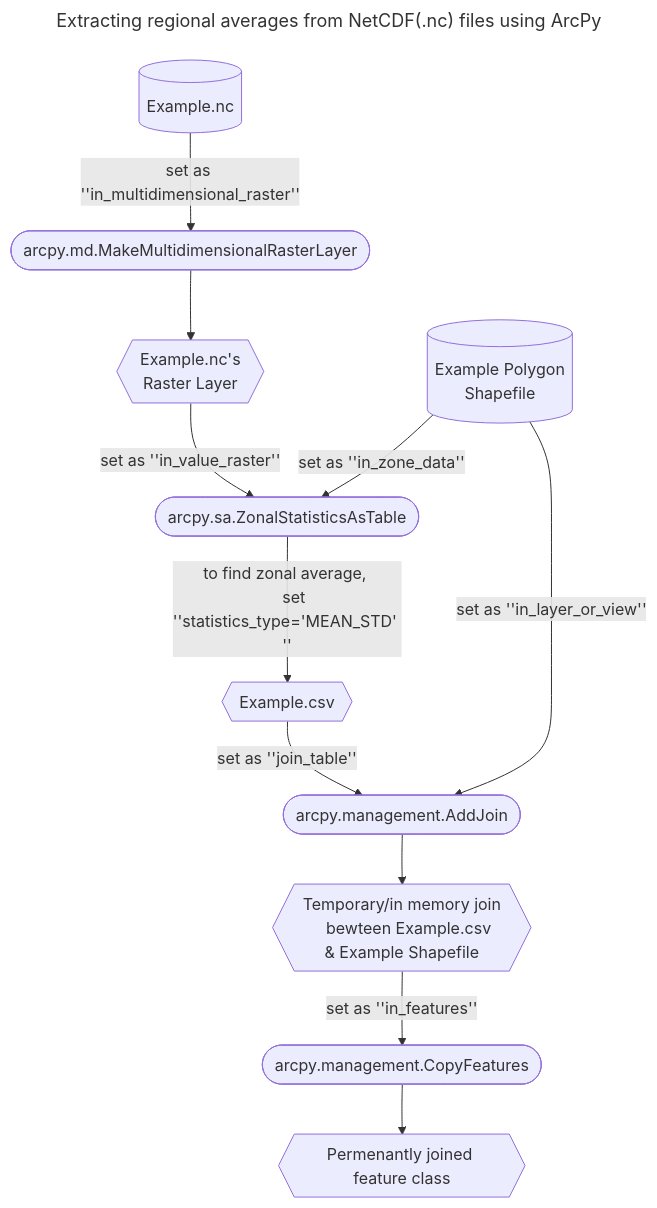
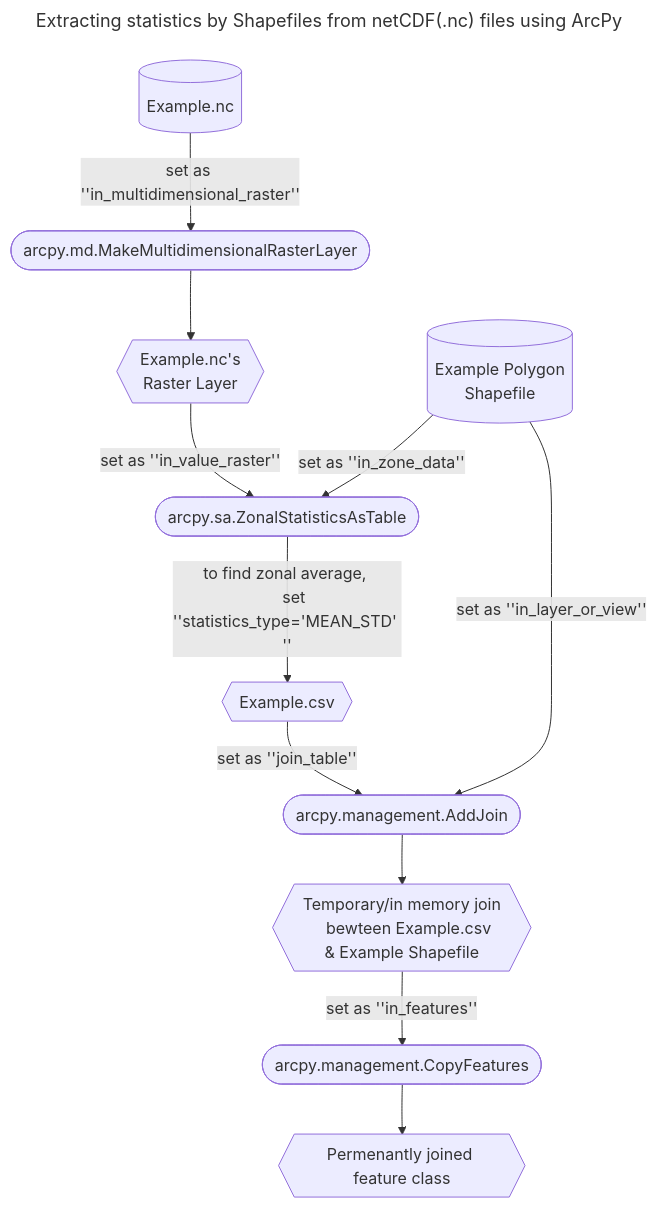
One commit to blackteacatsu/dokkumens changed the diagram in docs/tutorial-getting started/Raster to polygon conversion.md. Above: the diagram before and after it, drawn with Mermaid. The commit also changed other lines of this file and 2 other files, not shown here.

````diff
--- a/docs/tutorial-getting started/Raster to polygon conversion.md
+++ b/docs/tutorial-getting started/Raster to polygon conversion.md
@@ -6,26 +9,26 @@
 ```mermaid
 ---
-title: Extracting regional averages from NetCDF(.nc) files using ArcPy 
+title: Extracting statistics by Shapefiles from netCDF(.nc) files using ArcPy 
 ---
 flowchart TD
     A[(Example.nc)] -->|set as ''in_multidimensional_raster''| B([arcpy.md.MakeMultidimensionalRasterLayer])--> C{{Example.nc's 
     Raster Layer}}
     D[(Example Polygon
     Shapefile)] --> |set as ''in_zone_data''| E([arcpy.sa.ZonalStatisticsAsTable])
     
     C -->|set as ''in_value_raster''| E
      
     E -->|to find zonal average, 
     set ''statistics_type='MEAN_STD' ''| F{{Example.csv}}
 
     F -->|set as ''join_table''| G([arcpy.management.AddJoin])
 
     D -->|set as ''in_layer_or_view''| G
 
     G --> H{{Temporary/in memory join
     bewteen Example.csv & Example Shapefile}}
 
     H -->|set as ''in_features''| I([arcpy.management.CopyFeatures])
 
     I --> J{{Permenantly joined feature class}}
 ```
````
